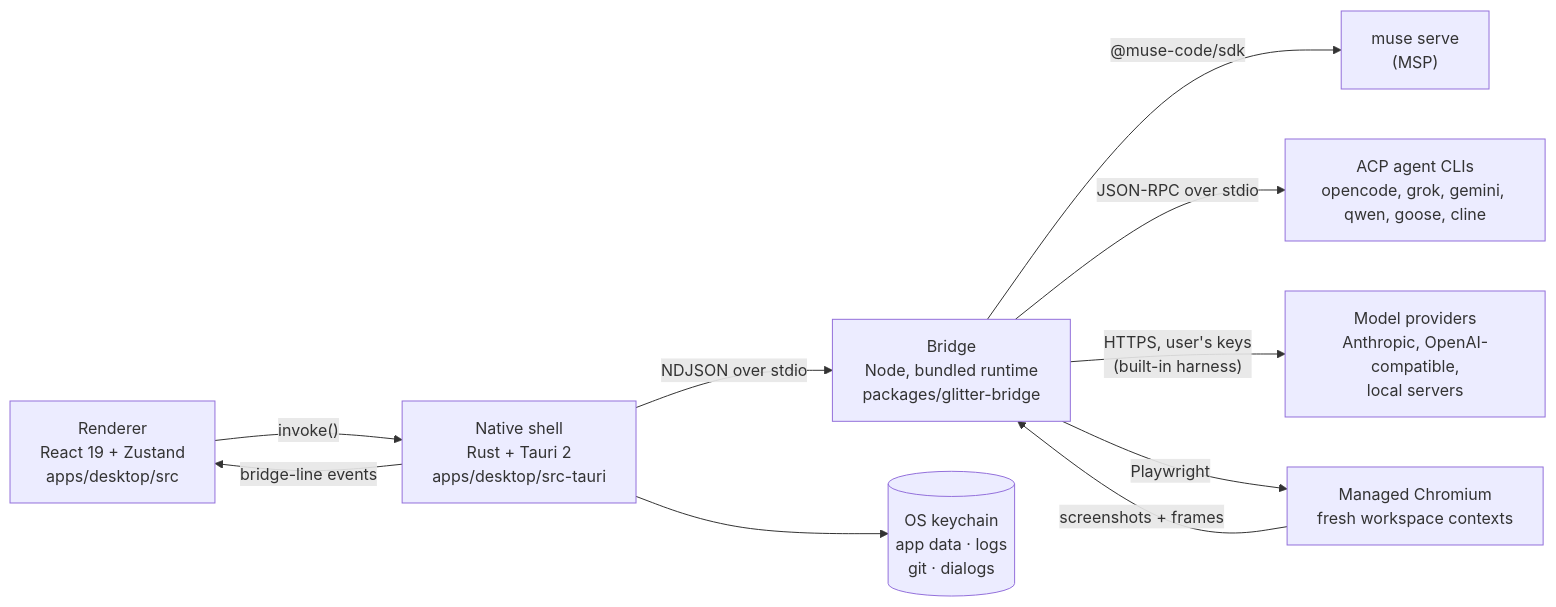
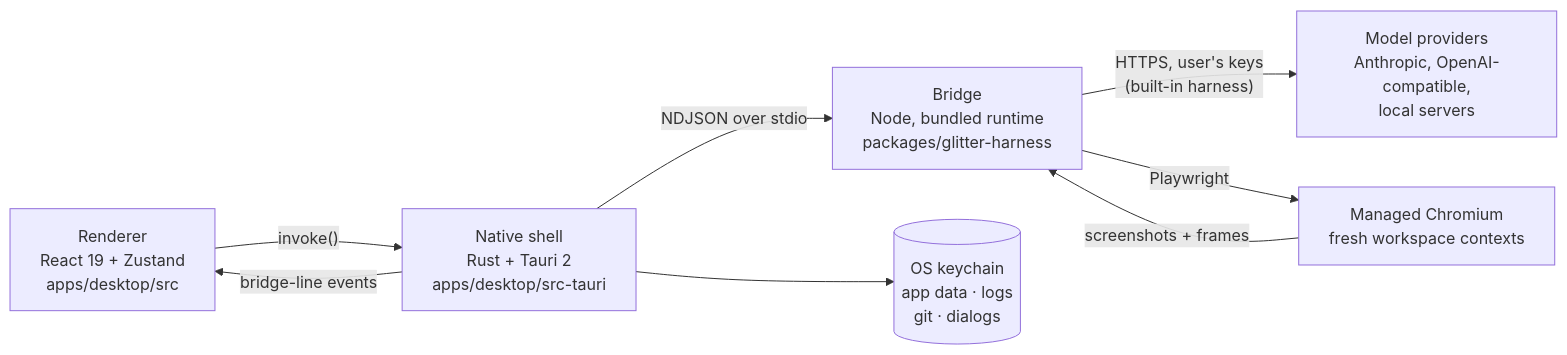
The diagram in docs/ARCHITECTURE.md (srikantmehra57/Glitter), drawn with Mermaid before and after one commit. The commit also changed other lines of this file and 334 other files, not shown here.

First line of the commit message:
Adopt Harness runtime, retire legacy agents, and add CLI and recovery

````diff
--- a/docs/ARCHITECTURE.md
+++ b/docs/ARCHITECTURE.md
@@ -15,21 +11,17 @@
 ```mermaid
 flowchart LR
   UI["Renderer<br/>React 19 + Zustand<br/>apps/desktop/src"]
   Shell["Native shell<br/>Rust + Tauri 2<br/>apps/desktop/src-tauri"]
-  Bridge["Bridge<br/>Node, bundled runtime<br/>packages/glitter-bridge"]
-  Muse["muse serve<br/>(MSP)"]
-  ACP["ACP agent CLIs<br/>opencode, grok, gemini, qwen, goose, cline"]
+  Bridge["Bridge<br/>Node, bundled runtime<br/>packages/glitter-harness"]
   Providers["Model providers<br/>Anthropic, OpenAI-compatible,<br/>local servers"]
   Browser["Managed Chromium<br/>fresh workspace contexts"]
   OS[("OS keychain<br/>app data · logs<br/>git · dialogs")]
 
   UI -- "invoke()" --> Shell
   Shell -- "bridge-line events" --> UI
   Shell -- "NDJSON over stdio" --> Bridge
-  Bridge -- "@muse-code/sdk" --> Muse
-  Bridge -- "JSON-RPC over stdio" --> ACP
   Bridge -- "HTTPS, user's keys<br/>(built-in harness)" --> Providers
   Bridge -- "Playwright" --> Browser
   Browser -- "screenshots + frames" --> Bridge
   Shell --> OS
 ```
````
